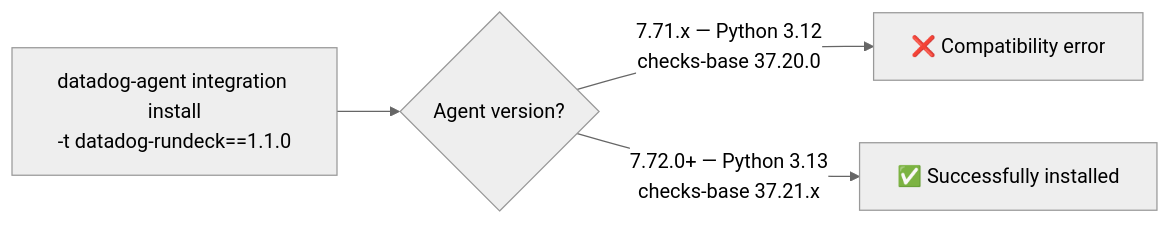
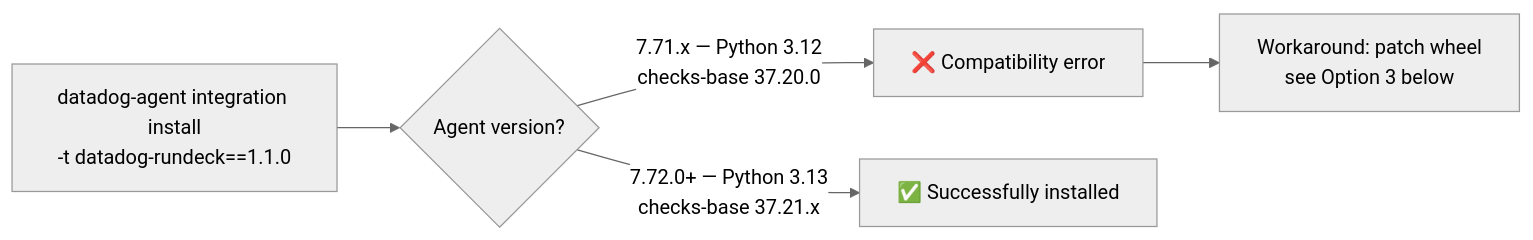
The diagram in integrations/rundeck-python313-compat/README.md (ddalexvea/datadog-sandboxes-by-ai), drawn with Mermaid (neutral theme) before and after one commit. The commit also changed other lines of this file, not shown here.

Commit message:
Inline patch script into README, remove separate file

````diff
--- a/integrations/rundeck-python313-compat/README.md
+++ b/integrations/rundeck-python313-compat/README.md
@@ -19,9 +19,11 @@
 ```mermaid
 graph LR
     A[datadog-agent integration install
 -t datadog-rundeck==1.1.0] --> B{Agent version?}
     B -->|7.71.x — Python 3.12
 checks-base 37.20.0| C[❌ Compatibility error]
     B -->|7.72.0+ — Python 3.13
 checks-base 37.21.x| D[✅ Successfully installed]
+    C --> E[Workaround: patch wheel
+see Option 3 below]
 ```
````
